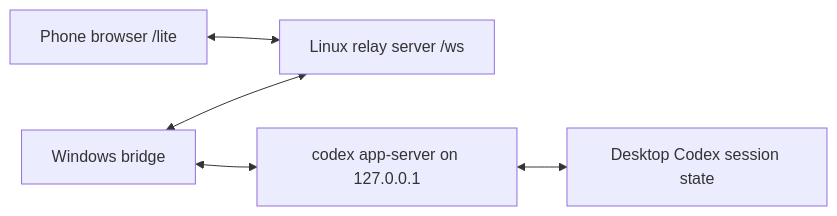
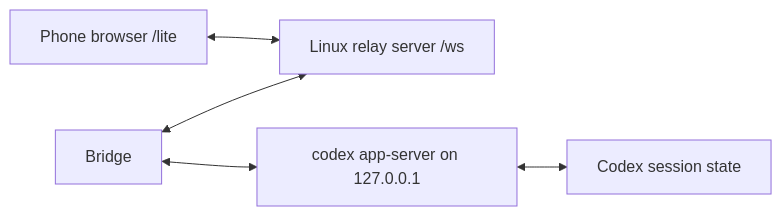
Before and after one commit to 2835968102/codexproxy: the diagram in README.md, drawn with Mermaid. The commit also changed other lines of this file and 4 other files, not shown here.

````diff
--- a/README.md
+++ b/README.md
@@ -15,7 +17,7 @@
 ```mermaid
 flowchart LR
   Phone["Phone browser /lite"] <--> Relay["Linux relay server /ws"]
-  Bridge["Windows bridge"] <--> Relay
+  Bridge["Bridge"] <--> Relay
   Bridge <--> AppServer["codex app-server on 127.0.0.1"]
-  AppServer <--> Codex["Desktop Codex session state"]
+  AppServer <--> Codex["Codex session state"]
 ```
````
